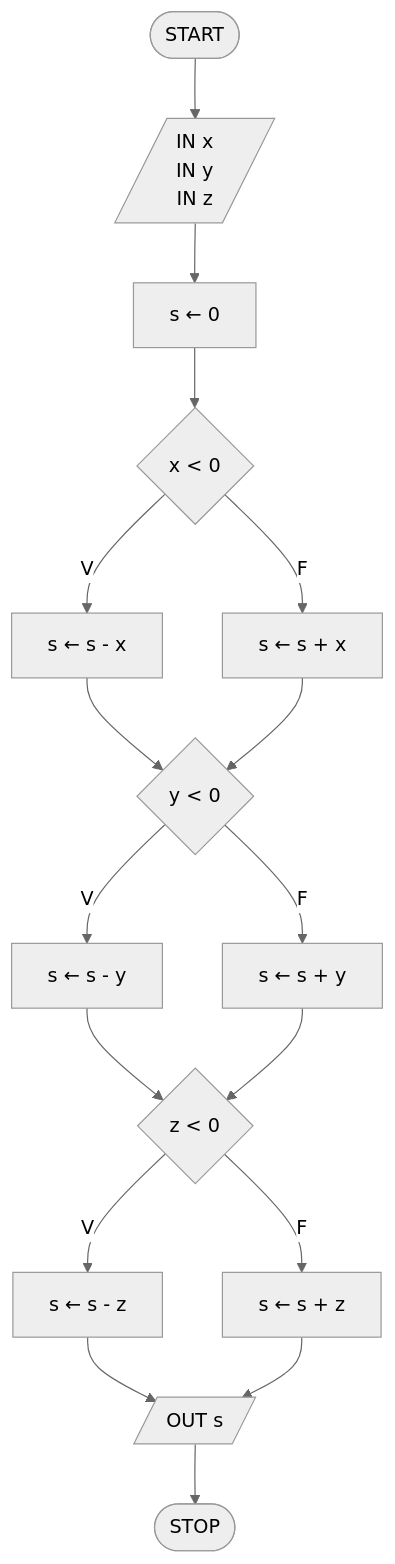
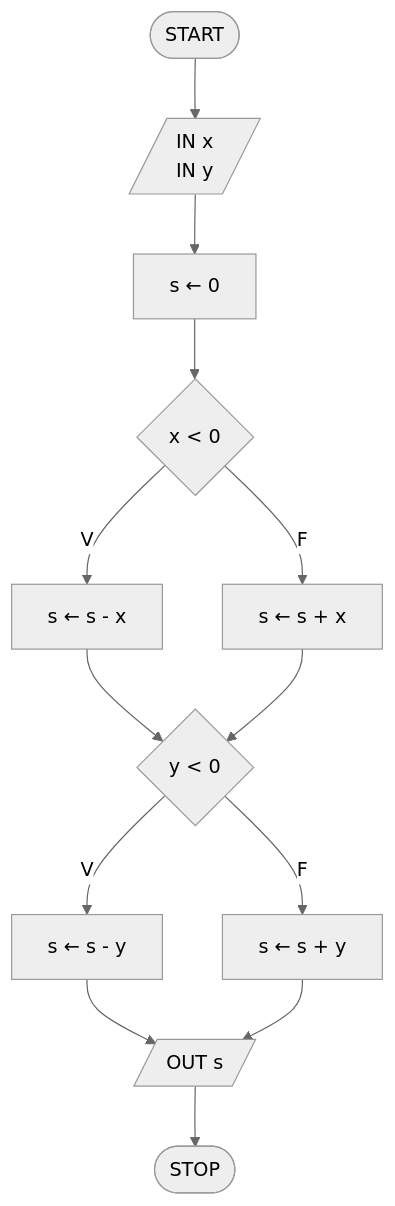
The ninth of 28 diagrams in flowcharts_soluzioni.md (pg-laboratorio/flowcharts_laboratorio_esercizi), drawn with Mermaid (neutral theme) before and after one commit. The commit also changed other lines of this file, not shown here.

````diff
--- a/flowcharts_soluzioni.md
+++ b/flowcharts_soluzioni.md
@@ -179,19 +179,15 @@
 ```mermaid
 graph TD
-    START([START]) --> INPUT[/"IN x<br>IN y<br>IN z"/]
+    START([START]) --> INPUT[/"IN x<br>IN y"/]
     INPUT --> INIT["s ← 0"]
     INIT --> CX{"x < 0"}
     CX -- V --> NX["s ← s - x"]
     CX -- F --> PX["s ← s + x"]
     NX --> CY{"y < 0"}
     PX --> CY
     CY -- V --> NY["s ← s - y"]
     CY -- F --> PY["s ← s + y"]
-    NY --> CZ{"z < 0"}
-    PY --> CZ
-    CZ -- V --> NZ["s ← s - z"]
-    CZ -- F --> PZ["s ← s + z"]
-    NZ --> OUTPUT[/"OUT s"/]
-    PZ --> OUTPUT
+    NY --> OUTPUT[/"OUT s"/]
+    PY --> OUTPUT
     OUTPUT --> STOP([STOP])
 ```
````
